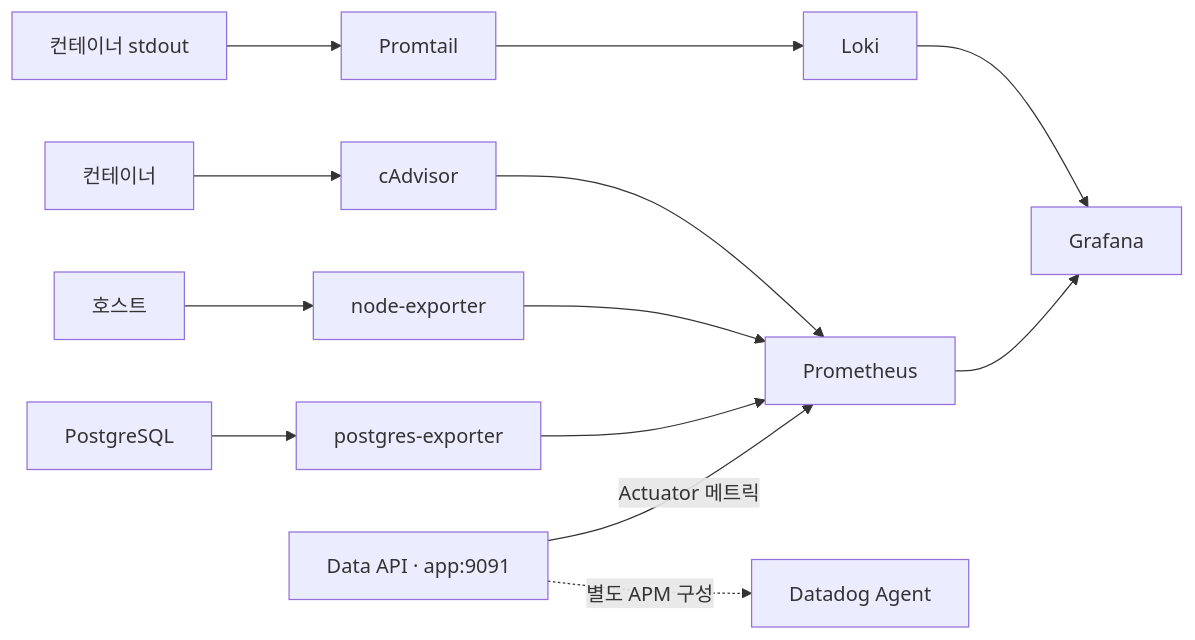
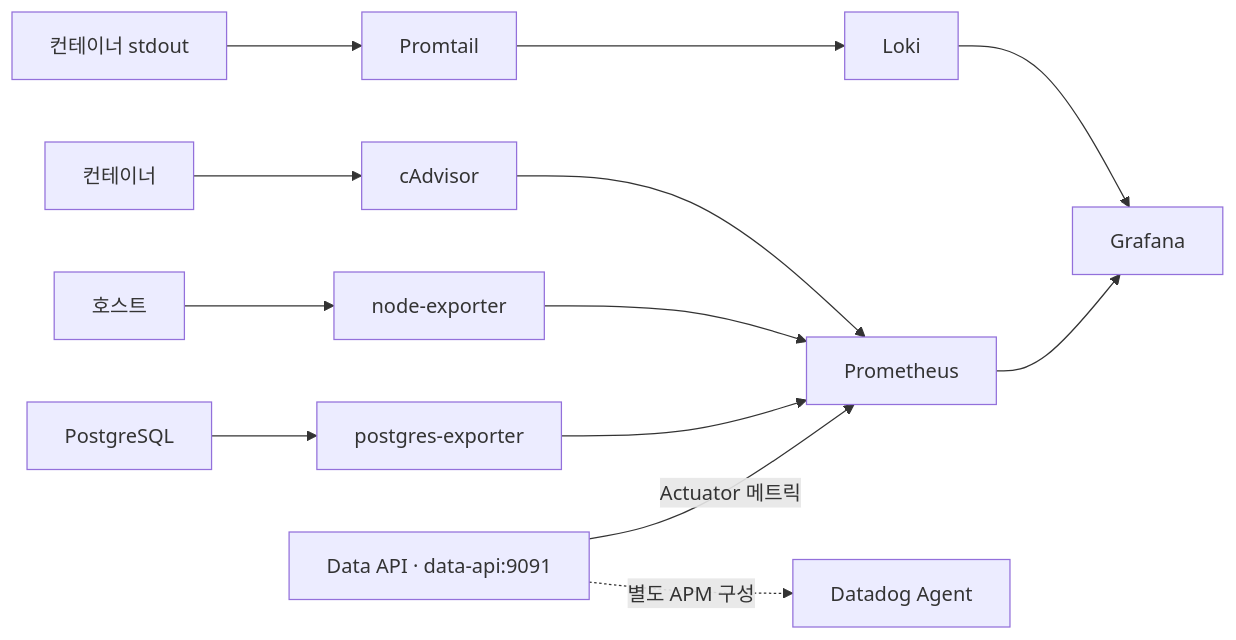
Before and after one commit to OneOrThree/phone: the diagram in server/observability/README.md, drawn with Mermaid. The commit also changed other lines of this file and 13 other files, not shown here.

Commit message:
[CHORE] GROMO-2114 dev Data API 독립 배포 전환

````diff
--- a/server/observability/README.md
+++ b/server/observability/README.md
@@ -9,15 +9,15 @@
 ```mermaid
 flowchart LR
-  app["Data API · app:9091"] -->|"Actuator 메트릭"| prometheus["Prometheus"]
+  app["Data API · data-api:9091"] -->|"Actuator 메트릭"| prometheus["Prometheus"]
   db["PostgreSQL"] --> exporter["postgres-exporter"]
   exporter --> prometheus
   host["호스트"] --> node["node-exporter"]
   node --> prometheus
   container["컨테이너"] --> cadvisor["cAdvisor"]
   cadvisor --> prometheus
   logs["컨테이너 stdout"] --> promtail["Promtail"]
   promtail --> loki["Loki"]
   prometheus --> grafana["Grafana"]
   loki --> grafana
   app -.->|"별도 APM 구성"| datadog["Datadog Agent"]
 ```
````
